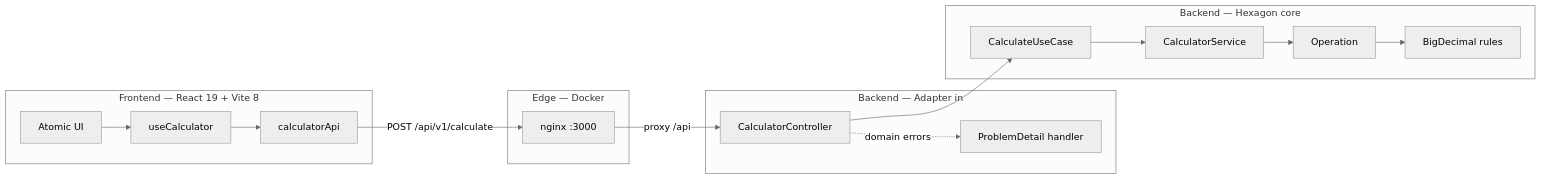
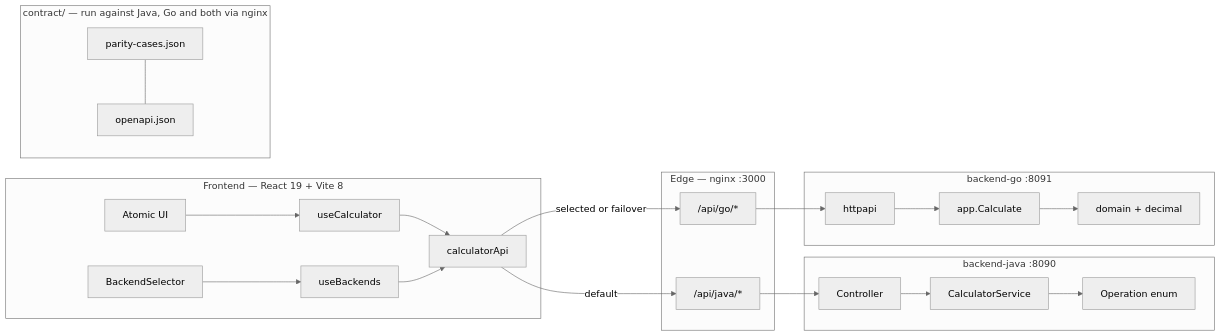
The diagram in .ai/diagrams/architecture-overview.mmd (pabloandresgallardo/sezzle-calculator), drawn with Mermaid (neutral theme) before and after one commit. The commit also changed 94 other files, not shown here.

First line of the commit message:
feat: add Go backend with byte-exact parity and backend selector

```diff
--- a/.ai/diagrams/architecture-overview.mmd
+++ b/.ai/diagrams/architecture-overview.mmd
@@ -1,21 +1,26 @@
 graph LR
   subgraph FE["Frontend — React 19 + Vite 8"]
     UI[Atomic UI] --> Hook[useCalculator]
+    Sel[BackendSelector] --> Back[useBackends]
     Hook --> Api[calculatorApi]
+    Back --> Api
   end
-  subgraph EDGE["Edge — Docker"]
-    Nginx[nginx :3000]
+  subgraph EDGE["Edge — nginx :3000"]
+    PJ["/api/java/*"]
+    PG["/api/go/*"]
   end
-  subgraph IN["Backend — Adapter in"]
-    Ctrl[CalculatorController]
-    Errors[ProblemDetail handler]
+  subgraph JAVA["backend-java :8090"]
+    JC[Controller] --> JS[CalculatorService]
+    JS --> JD[Operation enum]
   end
-  subgraph CORE["Backend — Hexagon core"]
-    Port[CalculateUseCase] --> Svc[CalculatorService]
-    Svc --> Op[Operation]
-    Op --> Rules[BigDecimal rules]
+  subgraph GO["backend-go :8091"]
+    GH[httpapi] --> GA[app.Calculate]
+    GA --> GD[domain + decimal]
   end
-  Api -->|POST /api/v1/calculate| Nginx
-  Nginx -->|proxy /api| Ctrl
-  Ctrl --> Port
-  Ctrl -.->|domain errors| Errors
+  subgraph CONTRACT["contract/ — run against Java, Go and both via nginx"]
+    PC[parity-cases.json] --- OA[openapi.json]
+  end
+  Api -->|default| PJ
+  Api -->|selected or failover| PG
+  PJ --> JC
+  PG --> GH
```
